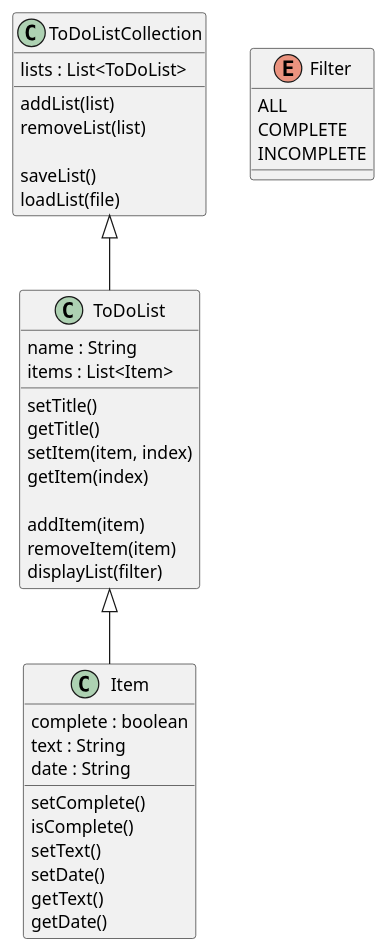
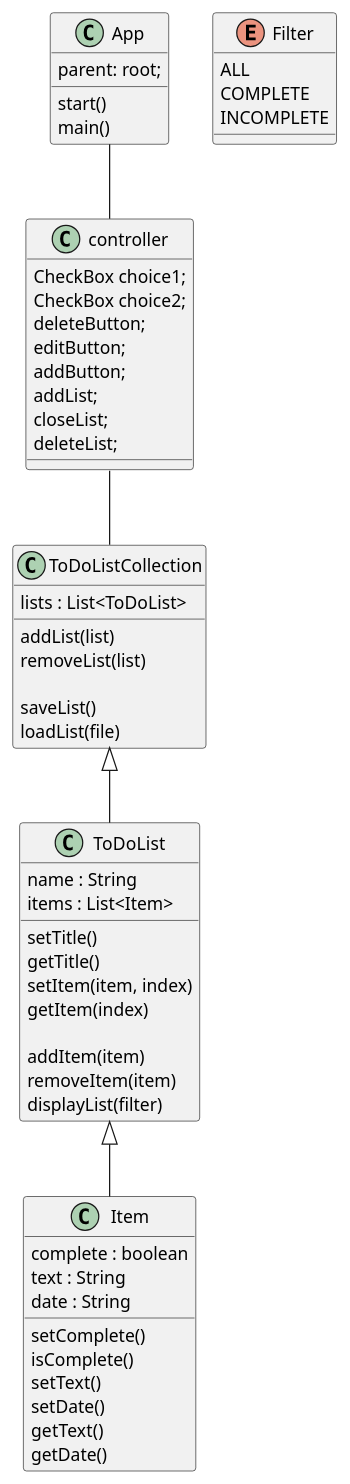
The diagram in robinson-cop3330-assignment4part2/uml/todo-diagram.puml (Robinsonk17/Robinson-cop3330-assigntment4part2), drawn with PlantUML before and after one commit.

```diff
--- a/robinson-cop3330-assignment4part2/uml/todo-diagram.puml
+++ b/robinson-cop3330-assignment4part2/uml/todo-diagram.puml
@@ -1,49 +1,68 @@
 @startuml
+class App
+{
+parent: root;
+start()
+main()
+}
 
+class controller
+{
+CheckBox choice1;
+    CheckBox choice2;
+    deleteButton;
+    editButton;
+    addButton;
+    addList;
+    closeList;
+    deleteList;
+}
 class Item {
     complete : boolean
     text : String
     date : String
 
     setComplete()
     isComplete()
     setText()
     setDate()
     getText()
     getDate()
 }
 
 class ToDoList {
     name : String
     items : List<Item>
 
     setTitle()
     getTitle()
     setItem(item, index)
     getItem(index)
 
     addItem(item)
     removeItem(item)
     displayList(filter)
 }
 
 class ToDoListCollection {
     lists : List<ToDoList>
 
     addList(list)
     removeList(list)
 
     saveList()
     loadList(file)
 }
 
 enum Filter {
     ALL
     COMPLETE
     INCOMPLETE
 }
 
+App -- controller
+controller -- ToDoListCollection
 ToDoList <|-- Item
 ToDoListCollection <|-- ToDoList
 
 @enduml
```
